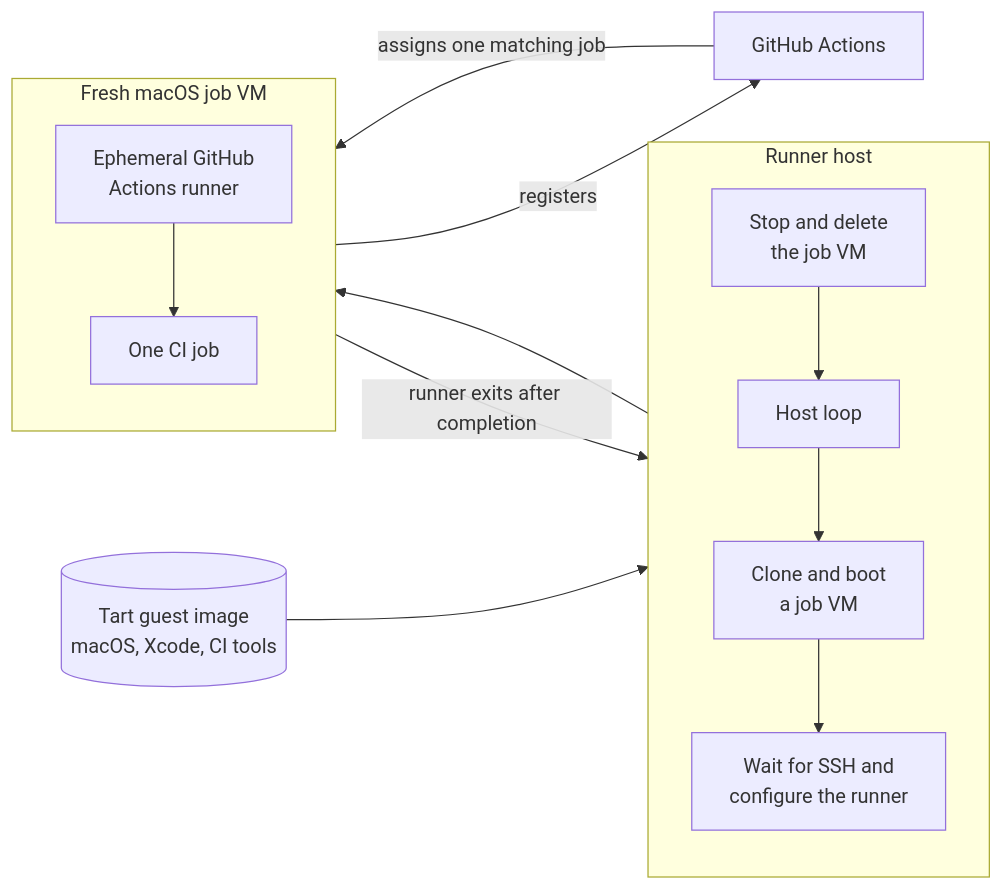
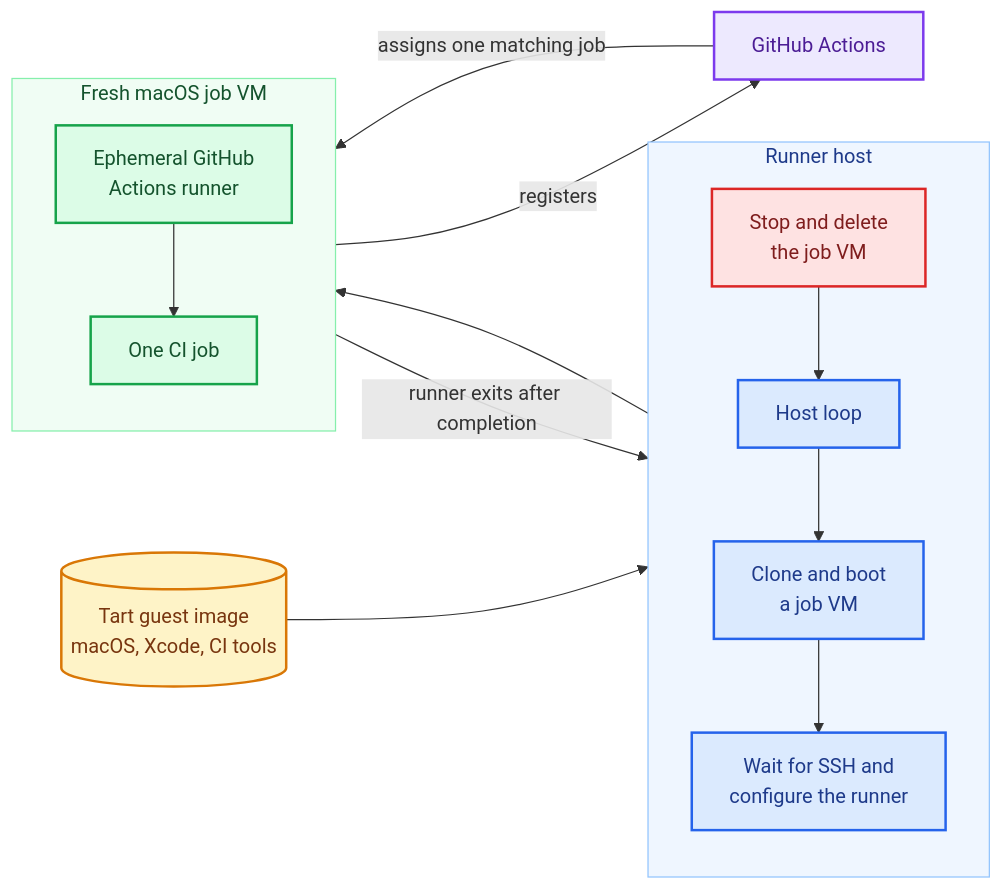
The diagram in README.md (JanC/tartelette), drawn with Mermaid before and after one commit.

Commit message:
Color VM lifecycle diagram

````diff
--- a/README.md
+++ b/README.md
@@ -34,29 +34,43 @@
 ```mermaid
 flowchart LR
     Image[(Tart guest image<br/>macOS, Xcode, CI tools)]
 
     subgraph Host[Runner host]
         direction TB
         Loop[Host loop]
         Clone[Clone and boot<br/>a job VM]
         Connect[Wait for SSH and<br/>configure the runner]
         Remove[Stop and delete<br/>the job VM]
         Loop --> Clone --> Connect
         Remove --> Loop
     end
 
     subgraph JobVM[Fresh macOS job VM]
         direction TB
         Runner[Ephemeral GitHub<br/>Actions runner]
         Job[One CI job]
         Runner --> Job
     end
 
     GitHub[GitHub Actions]
 
     Image --> Clone
     Connect --> Runner
     Runner -->|registers| GitHub
     GitHub -->|assigns one matching job| Job
     Job -->|runner exits after completion| Remove
+
+    classDef image fill:#fef3c7,stroke:#d97706,color:#78350f,stroke-width:2px
+    classDef host fill:#dbeafe,stroke:#2563eb,color:#1e3a8a,stroke-width:2px
+    classDef guest fill:#dcfce7,stroke:#16a34a,color:#14532d,stroke-width:2px
+    classDef github fill:#ede9fe,stroke:#7c3aed,color:#4c1d95,stroke-width:2px
+    classDef cleanup fill:#fee2e2,stroke:#dc2626,color:#7f1d1d,stroke-width:2px
+
+    class Image image
+    class Loop,Clone,Connect host
+    class Runner,Job guest
+    class GitHub github
+    class Remove cleanup
+    style Host fill:#eff6ff,stroke:#93c5fd,color:#1e3a8a
+    style JobVM fill:#f0fdf4,stroke:#86efac,color:#14532d
 ```
````
